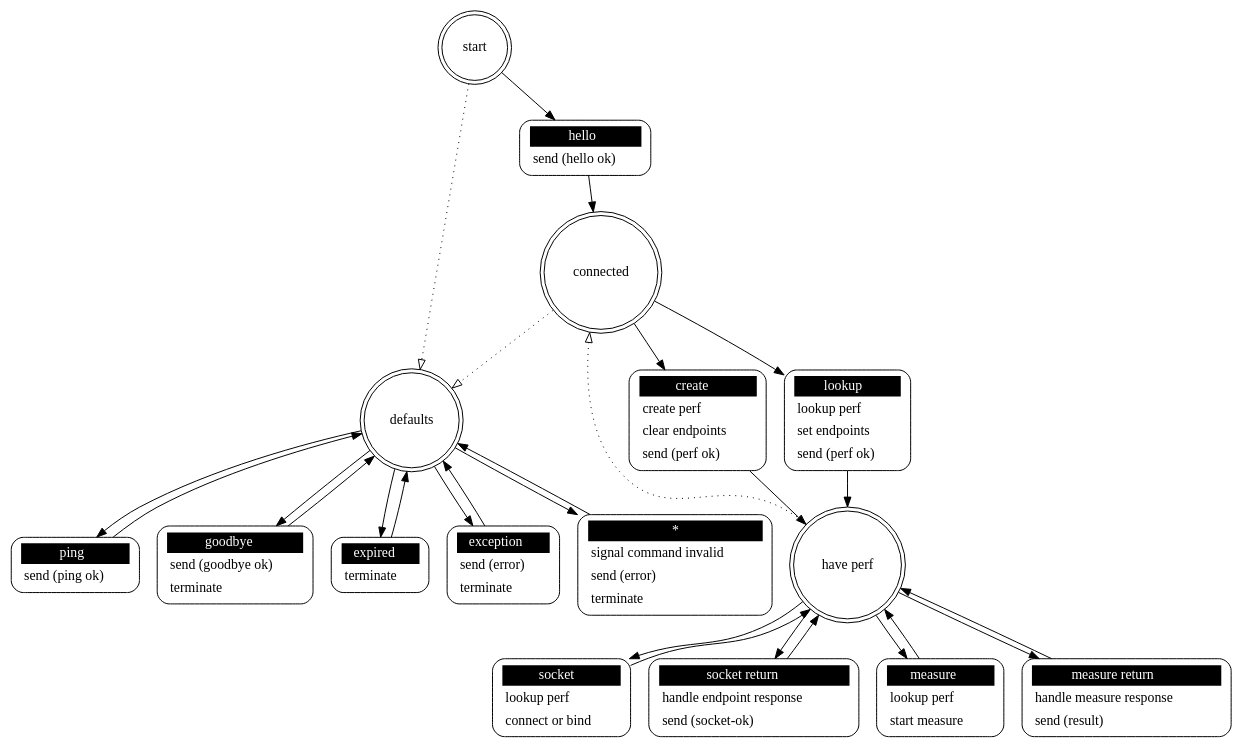
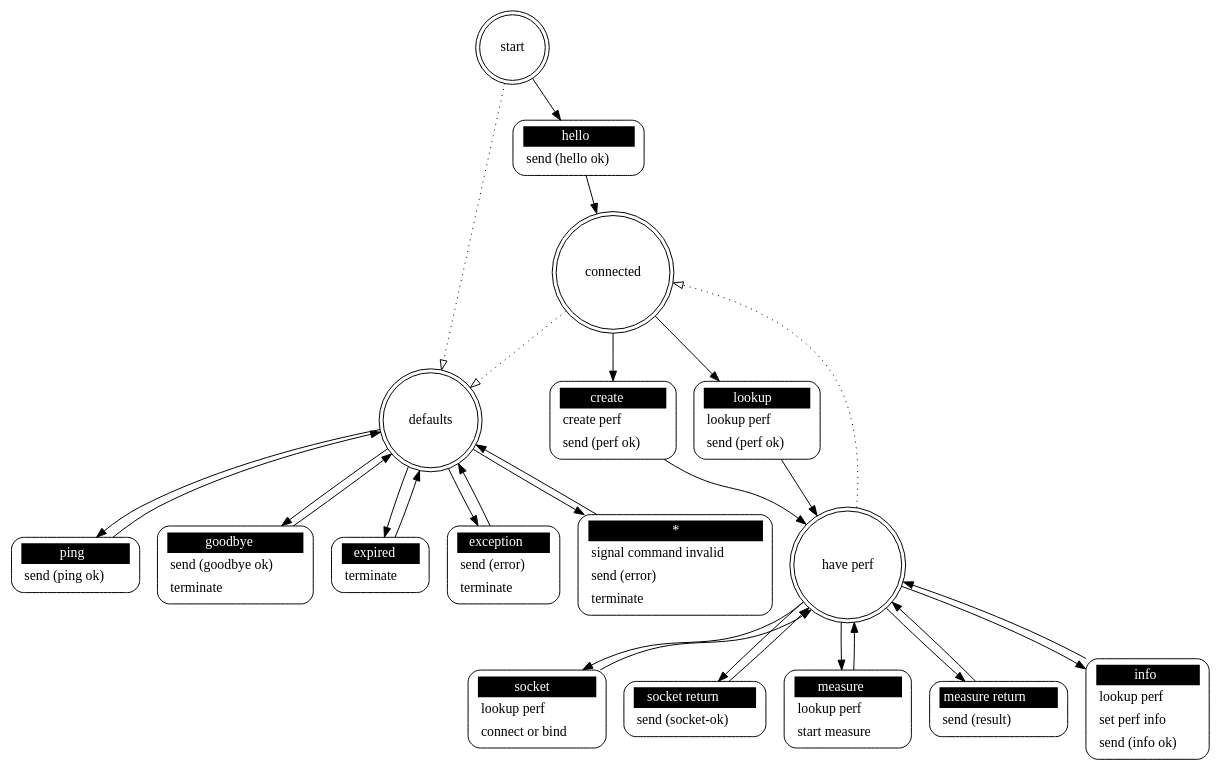
Before and after one commit to brettviren/zperfmq: the diagram in src/zperf_server.dot, drawn with Graphviz. The commit also changed 9 other files, not shown here.

```diff
--- a/src/zperf_server.dot
+++ b/src/zperf_server.dot
@@ -1,50 +1,53 @@
 ## Automatically generated from zperf_server.xml by gsl
 digraph "zperf_server" {
  "start" -> "defaults" [style=dotted,arrowhead=empty]
+ "connected" -> "defaults" [style=dotted,arrowhead=empty]
  "have perf" -> "connected" [style=dotted,arrowhead=empty]
- "connected" -> "defaults" [style=dotted,arrowhead=empty]
 
  "start" [shape = "doublecircle"];
  "start hello" [shape = "Mrecord" style = solid label = <<table border="0" cellborder="0" cellpadding="3" bgcolor="white"><tr><td bgcolor="black" align="center" colspan="2"><font color="white">hello</font></td></tr><tr><td align="left" port="r3">send (hello ok)</td></tr></table>>];
  "start" -> "start hello";
  "start hello" -> "connected";
 
+ "connected" [shape = "doublecircle"];
+ "connected create" [shape = "Mrecord" style = solid label = <<table border="0" cellborder="0" cellpadding="3" bgcolor="white"><tr><td bgcolor="black" align="center" colspan="2"><font color="white">create</font></td></tr><tr><td align="left" port="r3">create perf</td></tr><tr><td align="left" port="r3">send (perf ok)</td></tr></table>>];
+ "connected" -> "connected create";
+ "connected create" -> "have perf";
+ "connected lookup" [shape = "Mrecord" style = solid label = <<table border="0" cellborder="0" cellpadding="3" bgcolor="white"><tr><td bgcolor="black" align="center" colspan="2"><font color="white">lookup</font></td></tr><tr><td align="left" port="r3">lookup perf</td></tr><tr><td align="left" port="r3">send (perf ok)</td></tr></table>>];
+ "connected" -> "connected lookup";
+ "connected lookup" -> "have perf";
+
  "have perf" [shape = "doublecircle"];
  "have perf socket" [shape = "Mrecord" style = solid label = <<table border="0" cellborder="0" cellpadding="3" bgcolor="white"><tr><td bgcolor="black" align="center" colspan="2"><font color="white">socket</font></td></tr><tr><td align="left" port="r3">lookup perf</td></tr><tr><td align="left" port="r3">connect or bind</td></tr></table>>];
  "have perf" -> "have perf socket";
  "have perf socket" -> "have perf";
- "have perf socket return" [shape = "Mrecord" style = solid label = <<table border="0" cellborder="0" cellpadding="3" bgcolor="white"><tr><td bgcolor="black" align="center" colspan="2"><font color="white">socket return</font></td></tr><tr><td align="left" port="r3">handle endpoint response</td></tr><tr><td align="left" port="r3">send (socket-ok)</td></tr></table>>];
+ "have perf socket return" [shape = "Mrecord" style = solid label = <<table border="0" cellborder="0" cellpadding="3" bgcolor="white"><tr><td bgcolor="black" align="center" colspan="2"><font color="white">socket return</font></td></tr><tr><td align="left" port="r3">send (socket-ok)</td></tr></table>>];
  "have perf" -> "have perf socket return";
  "have perf socket return" -> "have perf";
  "have perf measure" [shape = "Mrecord" style = solid label = <<table border="0" cellborder="0" cellpadding="3" bgcolor="white"><tr><td bgcolor="black" align="center" colspan="2"><font color="white">measure</font></td></tr><tr><td align="left" port="r3">lookup perf</td></tr><tr><td align="left" port="r3">start measure</td></tr></table>>];
  "have perf" -> "have perf measure";
  "have perf measure" -> "have perf";
- "have perf measure return" [shape = "Mrecord" style = solid label = <<table border="0" cellborder="0" cellpadding="3" bgcolor="white"><tr><td bgcolor="black" align="center" colspan="2"><font color="white">measure return</font></td></tr><tr><td align="left" port="r3">handle measure response</td></tr><tr><td align="left" port="r3">send (result)</td></tr></table>>];
+ "have perf measure return" [shape = "Mrecord" style = solid label = <<table border="0" cellborder="0" cellpadding="3" bgcolor="white"><tr><td bgcolor="black" align="center" colspan="2"><font color="white">measure return</font></td></tr><tr><td align="left" port="r3">send (result)</td></tr></table>>];
  "have perf" -> "have perf measure return";
  "have perf measure return" -> "have perf";
-
- "connected" [shape = "doublecircle"];
- "connected create" [shape = "Mrecord" style = solid label = <<table border="0" cellborder="0" cellpadding="3" bgcolor="white"><tr><td bgcolor="black" align="center" colspan="2"><font color="white">create</font></td></tr><tr><td align="left" port="r3">create perf</td></tr><tr><td align="left" port="r3">clear endpoints</td></tr><tr><td align="left" port="r3">send (perf ok)</td></tr></table>>];
- "connected" -> "connected create";
- "connected create" -> "have perf";
- "connected lookup" [shape = "Mrecord" style = solid label = <<table border="0" cellborder="0" cellpadding="3" bgcolor="white"><tr><td bgcolor="black" align="center" colspan="2"><font color="white">lookup</font></td></tr><tr><td align="left" port="r3">lookup perf</td></tr><tr><td align="left" port="r3">set endpoints</td></tr><tr><td align="left" port="r3">send (perf ok)</td></tr></table>>];
- "connected" -> "connected lookup";
- "connected lookup" -> "have perf";
+ "have perf info" [shape = "Mrecord" style = solid label = <<table border="0" cellborder="0" cellpadding="3" bgcolor="white"><tr><td bgcolor="black" align="center" colspan="2"><font color="white">info</font></td></tr><tr><td align="left" port="r3">lookup perf</td></tr><tr><td align="left" port="r3">set perf info</td></tr><tr><td align="left" port="r3">send (info ok)</td></tr></table>>];
+ "have perf" -> "have perf info";
+ "have perf info" -> "have perf";
 
  "defaults" [shape = "doublecircle"];
  "defaults ping" [shape = "Mrecord" style = solid label = <<table border="0" cellborder="0" cellpadding="3" bgcolor="white"><tr><td bgcolor="black" align="center" colspan="2"><font color="white">ping</font></td></tr><tr><td align="left" port="r3">send (ping ok)</td></tr></table>>];
  "defaults" -> "defaults ping";
  "defaults ping" -> "defaults";
  "defaults goodbye" [shape = "Mrecord" style = solid label = <<table border="0" cellborder="0" cellpadding="3" bgcolor="white"><tr><td bgcolor="black" align="center" colspan="2"><font color="white">goodbye</font></td></tr><tr><td align="left" port="r3">send (goodbye ok)</td></tr><tr><td align="left" port="r3">terminate</td></tr></table>>];
  "defaults" -> "defaults goodbye";
  "defaults goodbye" -> "defaults";
  "defaults expired" [shape = "Mrecord" style = solid label = <<table border="0" cellborder="0" cellpadding="3" bgcolor="white"><tr><td bgcolor="black" align="center" colspan="2"><font color="white">expired</font></td></tr><tr><td align="left" port="r3">terminate</td></tr></table>>];
  "defaults" -> "defaults expired";
  "defaults expired" -> "defaults";
  "defaults exception" [shape = "Mrecord" style = solid label = <<table border="0" cellborder="0" cellpadding="3" bgcolor="white"><tr><td bgcolor="black" align="center" colspan="2"><font color="white">exception</font></td></tr><tr><td align="left" port="r3">send (error)</td></tr><tr><td align="left" port="r3">terminate</td></tr></table>>];
  "defaults" -> "defaults exception";
  "defaults exception" -> "defaults";
  "defaults *" [shape = "Mrecord" style = solid label = <<table border="0" cellborder="0" cellpadding="3" bgcolor="white"><tr><td bgcolor="black" align="center" colspan="2"><font color="white">*</font></td></tr><tr><td align="left" port="r3">signal command invalid</td></tr><tr><td align="left" port="r3">send (error)</td></tr><tr><td align="left" port="r3">terminate</td></tr></table>>];
  "defaults" -> "defaults *";
  "defaults *" -> "defaults";
 }
```
